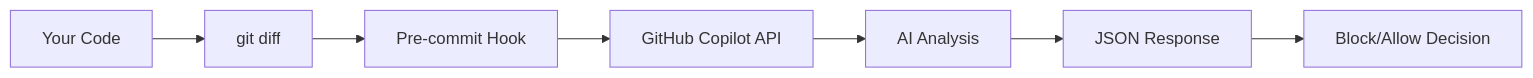
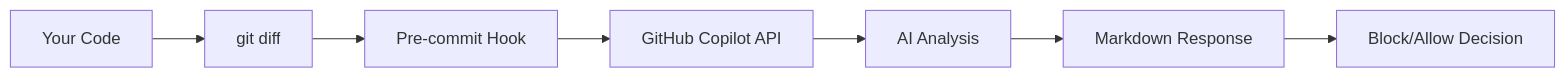
One commit to martinkl164/AI-Code-Review-CLI changed the diagram in README.md. Above: the diagram before and after it, drawn with Mermaid. The commit also changed other lines of this file and 4 other files, not shown here.

````diff
--- a/README.md
+++ b/README.md
@@ -177,9 +474,9 @@
 ```mermaid
 flowchart LR
     A[Your Code] --> B[git diff]
     B --> C[Pre-commit Hook]
     C --> D[GitHub Copilot API]
     D --> E[AI Analysis]
-    E --> F[JSON Response]
+    E --> F[Markdown Response]
     F --> G[Block/Allow Decision]
 ```
````
